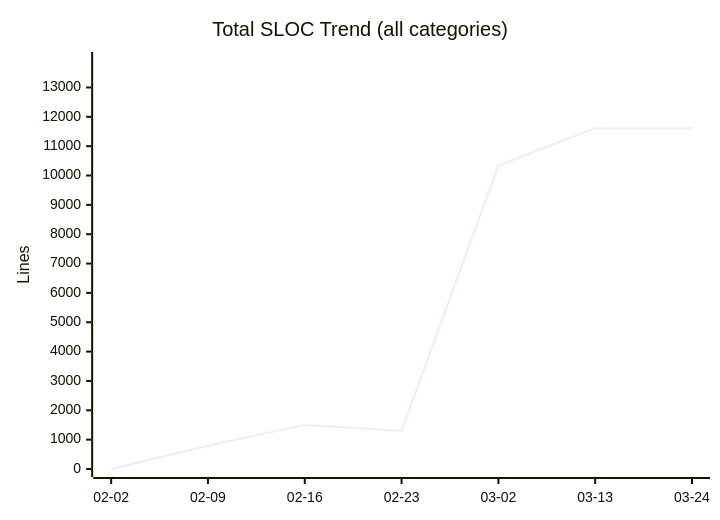
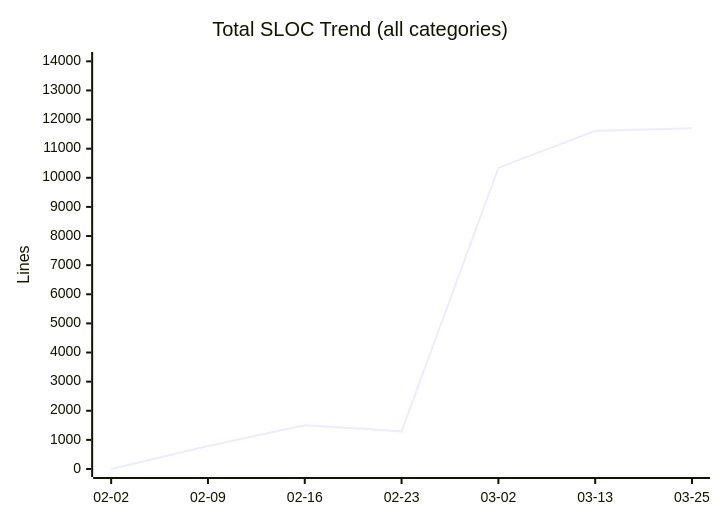
One commit to nablarch/nabledge-dev changed the eighth of 11 diagrams in docs/metrics.md. Above: the diagram before and after it, drawn with Mermaid. The commit also changed other lines of this file and 1 other file, not shown here.

Commit message:
experiment: add threshold lines to CFR chart

````diff
--- a/docs/metrics.md
+++ b/docs/metrics.md
@@ -96,7 +112,7 @@
 ```mermaid
 xychart-beta
   title "Total SLOC Trend (all categories)"
-  x-axis ["02-02", "02-09", "02-16", "02-23", "03-02", "03-13", "03-24"]
-  y-axis "Lines" 0 --> 13936
-  line [0, 789, 1503, 1293, 10339, 11613, 11613]
+  x-axis ["02-02", "02-09", "02-16", "02-23", "03-02", "03-13", "03-25"]
+  y-axis "Lines" 0 --> 14045
+  line [0, 789, 1503, 1293, 10339, 11613, 11704]
 ```
````
